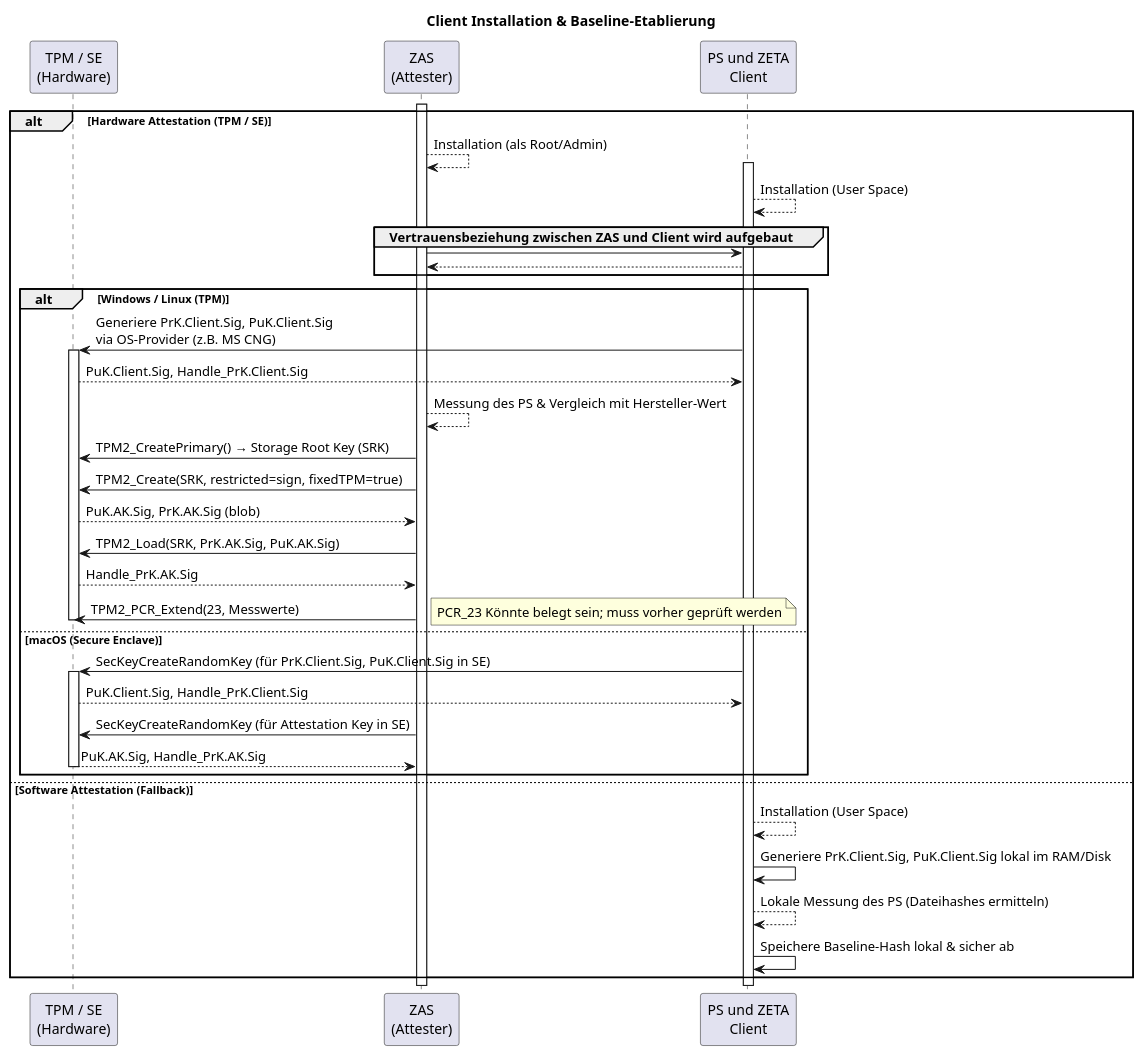
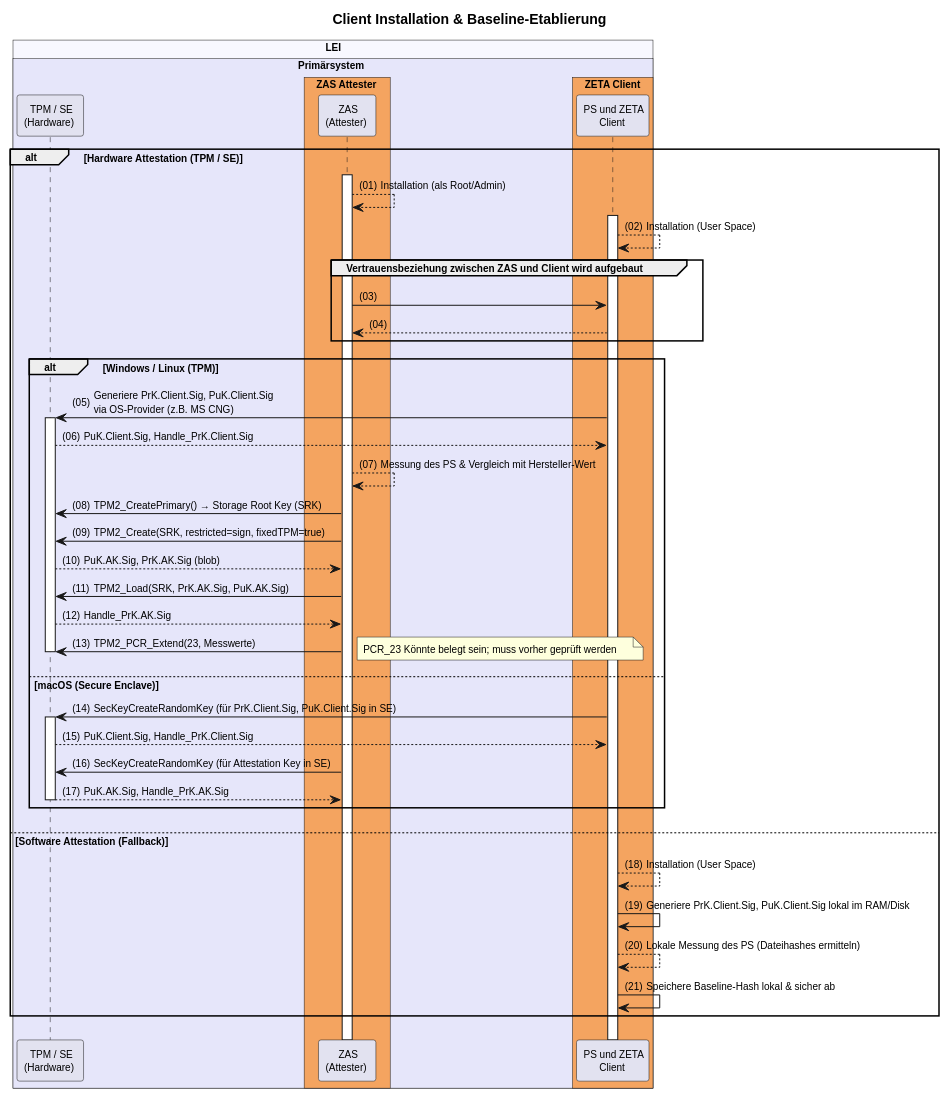
The diagram in src/plantuml/tmp/attestation-flows/client-installation.puml (gematik/zeta), drawn with PlantUML before and after one commit.

Commit message:
client installation puml file enhanced with style sheet

```diff
--- a/src/plantuml/tmp/attestation-flows/client-installation.puml
+++ b/src/plantuml/tmp/attestation-flows/client-installation.puml
@@ -1,45 +1,65 @@
 @startuml "client-installation"
+autonumber "(00)"
+skinparam defaultFontSize 10
+skinparam defaultFontName Helvetica
+skinparam DefaultMonospacedFontName Courier
+skinparam lengthAdjust none
+skinparam sequenceReferenceBackgroundColor White
+skinparam SequenceReferenceFontSize 12
 skinparam sequenceMessageAlign left
+
 title Client Installation & Baseline-Etablierung
 
-participant "TPM / SE\n(Hardware)" as TPM
-participant "ZAS\n(Attester)" as ZAS
-participant "PS und ZETA\nClient" as Client
+!pragma teoz true
+
+box "LEI" #GhostWhite
+  box "Primärsystem" #Lavender
+    participant "TPM / SE\n(Hardware)" as TPM
+    box "ZAS Attester" #SandyBrown
+        participant "ZAS\n(Attester)" as ZAS
+    end box
+    box "ZETA Client" #SandyBrown
+        participant "PS und ZETA\nClient" as Client
+    end box    
+  end box
+end box
+
+
 
 alt Hardware Attestation (TPM / SE)
     ZAS++
     ZAS --> ZAS: Installation (als Root/Admin)
     Client++
     Client --> Client: Installation (User Space)
     group Vertrauensbeziehung zwischen ZAS und Client wird aufgebaut
         ZAS -> Client
         Client --> ZAS
     end
 
     alt Windows / Linux (TPM)
         Client -> TPM++: Generiere PrK.Client.Sig, PuK.Client.Sig\nvia OS-Provider (z.B. MS CNG)
         TPM --> Client: PuK.Client.Sig, Handle_PrK.Client.Sig
         ZAS --> ZAS: Messung des PS & Vergleich mit Hersteller-Wert
         ZAS -> TPM: TPM2_CreatePrimary() → Storage Root Key (SRK)
         ZAS -> TPM: TPM2_Create(SRK, restricted=sign, fixedTPM=true)
         TPM --> ZAS: PuK.AK.Sig, PrK.AK.Sig (blob)
         ZAS -> TPM: TPM2_Load(SRK, PrK.AK.Sig, PuK.AK.Sig)
         TPM --> ZAS: Handle_PrK.AK.Sig
         ZAS -> TPM: TPM2_PCR_Extend(23, Messwerte)
         note right: PCR_23 Könnte belegt sein; muss vorher geprüft werden 
         TPM--
     else macOS (Secure Enclave)
         Client -> TPM++: SecKeyCreateRandomKey (für PrK.Client.Sig, PuK.Client.Sig in SE)
         TPM --> Client: PuK.Client.Sig, Handle_PrK.Client.Sig
         ZAS -> TPM: SecKeyCreateRandomKey (für Attestation Key in SE)
         TPM --> ZAS--: PuK.AK.Sig, Handle_PrK.AK.Sig
     end
 
 else Software Attestation (Fallback)
     Client --> Client: Installation (User Space)
     Client -> Client: Generiere PrK.Client.Sig, PuK.Client.Sig lokal im RAM/Disk
     Client --> Client: Lokale Messung des PS (Dateihashes ermitteln)
     Client -> Client: Speichere Baseline-Hash lokal & sicher ab
 end
 
 @enduml
```
